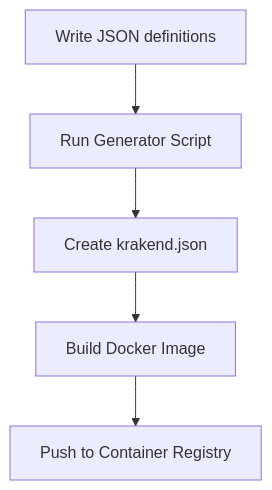
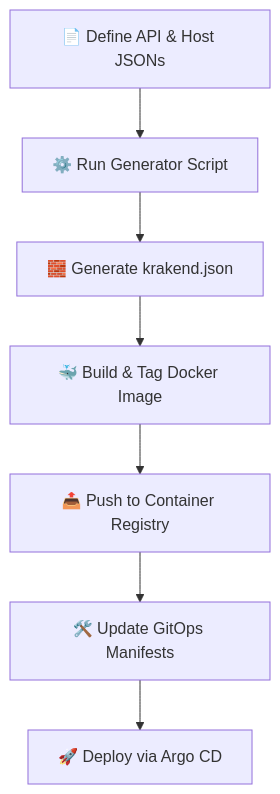
Before and after one commit to anandakevin/tool-krakend-configurator: the diagram in readme.md, drawn with Mermaid. The commit also changed other lines of this file, not shown here.

````diff
--- a/readme.md
+++ b/readme.md
@@ -41,7 +43,10 @@
 ```mermaid
 graph TD
-  A[Write JSON definitions] --> B[Run Generator Script]
-  B --> C[Create krakend.json]
-  C --> D[Build Docker Image]
-  D --> E[Push to Container Registry]
+  A[📄 Define API & Host JSONs] --> B[⚙️ Run Generator Script]
+  B --> C[🧱 Generate krakend.json]
+  C --> D[🐳 Build & Tag Docker Image]
+  D --> E[📤 Push to Container Registry]
+  E --> F[🛠️ Update GitOps Manifests]
+  F --> G[🚀 Deploy via Argo CD]
+
 ```
````
